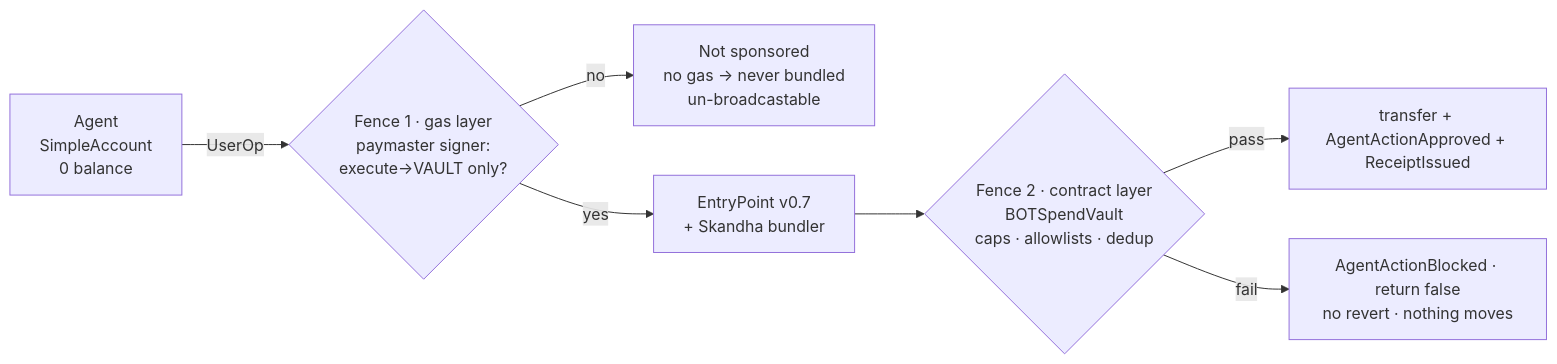
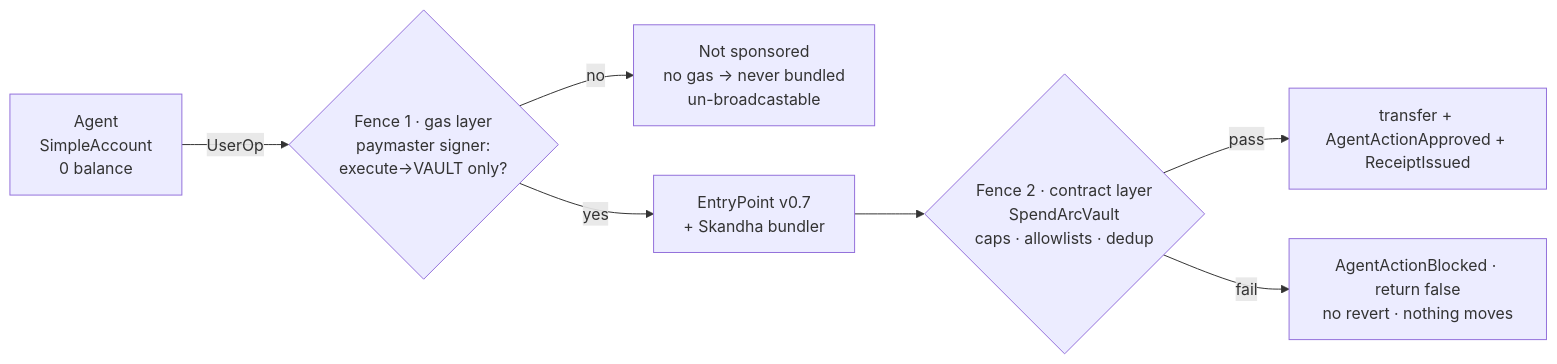
Before and after one commit to Saber1Y/SpendArc: the first of 2 diagrams in architecture.md, drawn with Mermaid. The commit also changed other lines of this file and 15 other files, not shown here.

````diff
--- a/architecture.md
+++ b/architecture.md
@@ -12,9 +12,9 @@
 ```mermaid
 flowchart LR
     A[Agent<br/>SimpleAccount<br/>0 balance] -->|UserOp| B{Fence 1 · gas layer<br/>paymaster signer:<br/>execute→VAULT only?}
     B -- no --> X[Not sponsored<br/>no gas → never bundled<br/>un-broadcastable]
     B -- yes --> C[EntryPoint v0.7<br/>+ Skandha bundler]
-    C --> D{Fence 2 · contract layer<br/>BOTSpendVault<br/>caps · allowlists · dedup}
+    C --> D{Fence 2 · contract layer<br/>SpendArcVault<br/>caps · allowlists · dedup}
     D -- pass --> E[transfer + AgentActionApproved + ReceiptIssued]
     D -- fail --> F[AgentActionBlocked · return false<br/>no revert · nothing moves]
 ```
````
